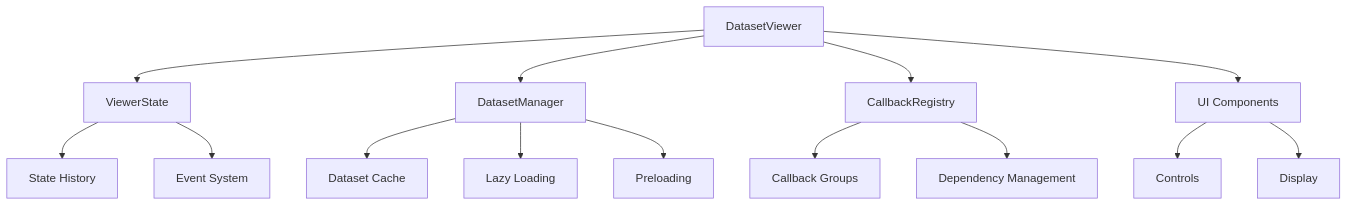
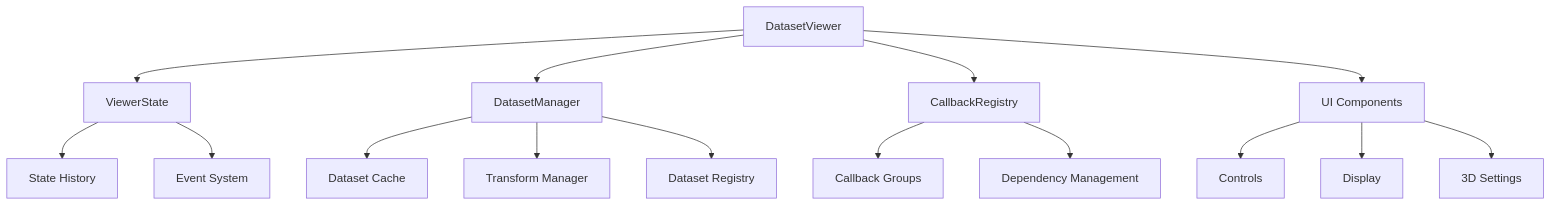
One commit to danielmao2019/Pylon changed the first of 4 diagrams in docs/data/viewer/architecture.md. Above: the diagram before and after it, drawn with Mermaid. The commit also changed other lines of this file and 1 other file, not shown here.

````diff
--- a/docs/data/viewer/architecture.md
+++ b/docs/data/viewer/architecture.md
@@ -9,20 +9,21 @@
 ```mermaid
 graph TD
     A[DatasetViewer] --> B[ViewerState]
     A --> C[DatasetManager]
     A --> D[CallbackRegistry]
     A --> E[UI Components]
 
     B --> F[State History]
     B --> G[Event System]
 
     C --> H[Dataset Cache]
-    C --> I[Lazy Loading]
-    C --> J[Preloading]
+    C --> I[Transform Manager]
+    C --> J[Dataset Registry]
 
     D --> K[Callback Groups]
     D --> L[Dependency Management]
 
     E --> M[Controls]
     E --> N[Display]
+    E --> O[3D Settings]
 ```
````
